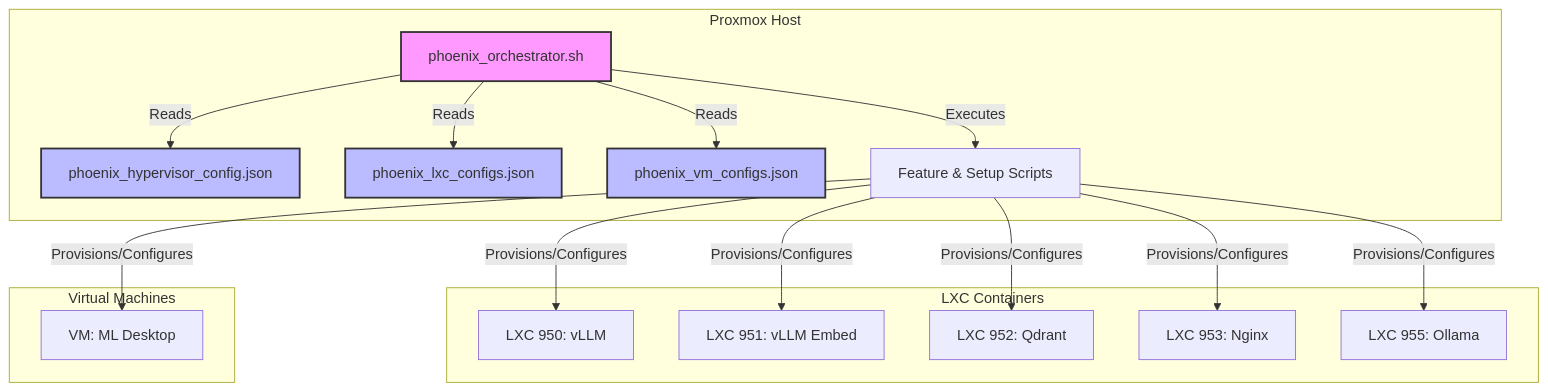
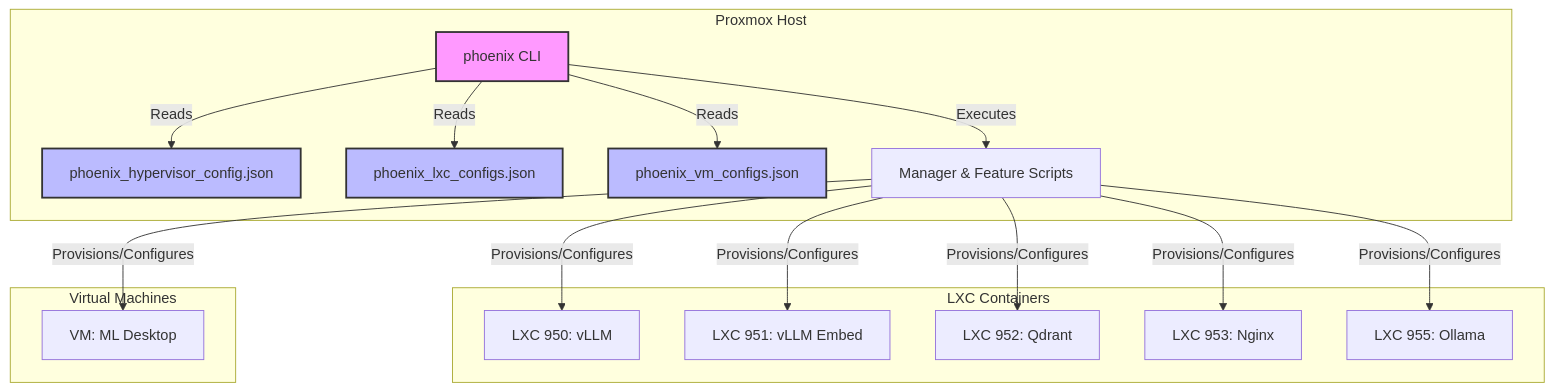
The diagram in Thinkheads.AI_docs/02_technical_strategy_and_architecture/20_current_architecture_analysis.md (SirHeads/Testing-ideas), drawn with Mermaid before and after one commit. The commit also changed other lines of this file and 51 other files, not shown here.

````diff
--- a/Thinkheads.AI_docs/02_technical_strategy_and_architecture/20_current_architecture_analysis.md
+++ b/Thinkheads.AI_docs/02_technical_strategy_and_architecture/20_current_architecture_analysis.md
@@ -36,39 +35,39 @@
 ```mermaid
 graph TD
     subgraph Proxmox Host
-        A[phoenix_orchestrator.sh]
+        A[phoenix CLI]
         B[phoenix_hypervisor_config.json]
         C[phoenix_lxc_configs.json]
         D[phoenix_vm_configs.json]
-        E[Feature & Setup Scripts]
+        E[Manager & Feature Scripts]
     end
 
     subgraph LXC Containers
         LXC1[LXC 950: vLLM]
         LXC2[LXC 951: vLLM Embed]
         LXC3[LXC 952: Qdrant]
         LXC4[LXC 953: Nginx]
         LXC5[LXC 955: Ollama]
     end
     
     subgraph Virtual Machines
         VM1[VM: ML Desktop]
     end
 
     A -- Reads --> B
     A -- Reads --> C
     A -- Reads --> D
     A -- Executes --> E
 
     E -- Provisions/Configures --> LXC1
     E -- Provisions/Configures --> LXC2
     E -- Provisions/Configures --> LXC3
     E -- Provisions/Configures --> LXC4
     E -- Provisions/Configures --> LXC5
     E -- Provisions/Configures --> VM1
 
     style A fill:#f9f,stroke:#333,stroke-width:2px
     style B fill:#bbf,stroke:#333,stroke-width:2px
     style C fill:#bbf,stroke:#333,stroke-width:2px
     style D fill:#bbf,stroke:#333,stroke-width:2px
 ```
````
